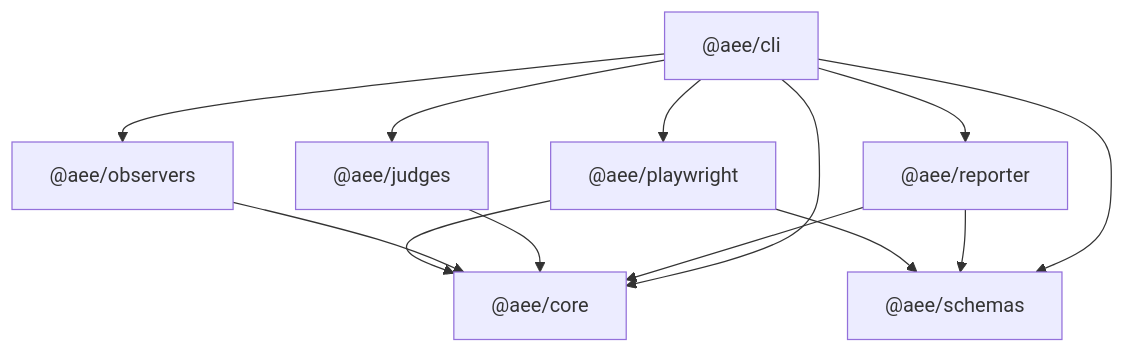
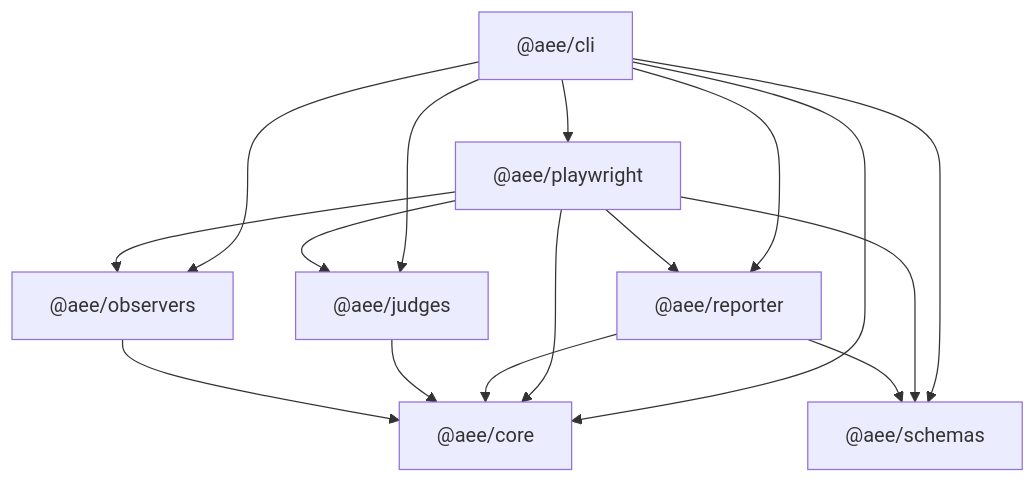
One commit to Elizabeth1979/accessibility-evidence-engine changed the diagram in docs/architecture.md. Above: the diagram before and after it, drawn with Mermaid. The commit also changed other lines of this file and 43 other files, not shown here.

````diff
--- a/docs/architecture.md
+++ b/docs/architecture.md
@@ -56,23 +56,26 @@
 ```mermaid
 graph TD
   schemas["@aee/schemas"]
   core["@aee/core"]
   playwright["@aee/playwright"]
   observers["@aee/observers"]
   judges["@aee/judges"]
   reporter["@aee/reporter"]
   cli["@aee/cli"]
 
-  playwright --> core
-  playwright --> schemas
   observers --> core
   judges --> core
   reporter --> core
   reporter --> schemas
+  playwright --> core
+  playwright --> schemas
+  playwright --> observers
+  playwright --> judges
+  playwright --> reporter
   cli --> core
   cli --> schemas
   cli --> playwright
   cli --> observers
   cli --> judges
   cli --> reporter
 ```
````
